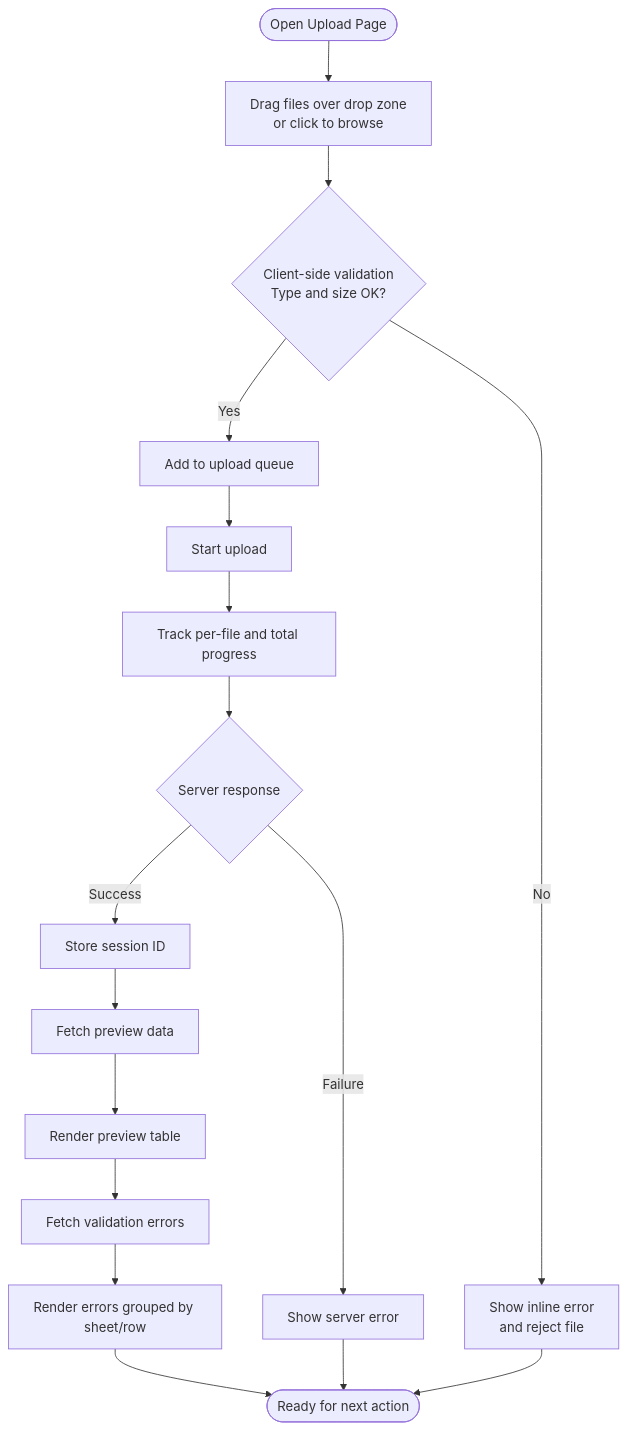
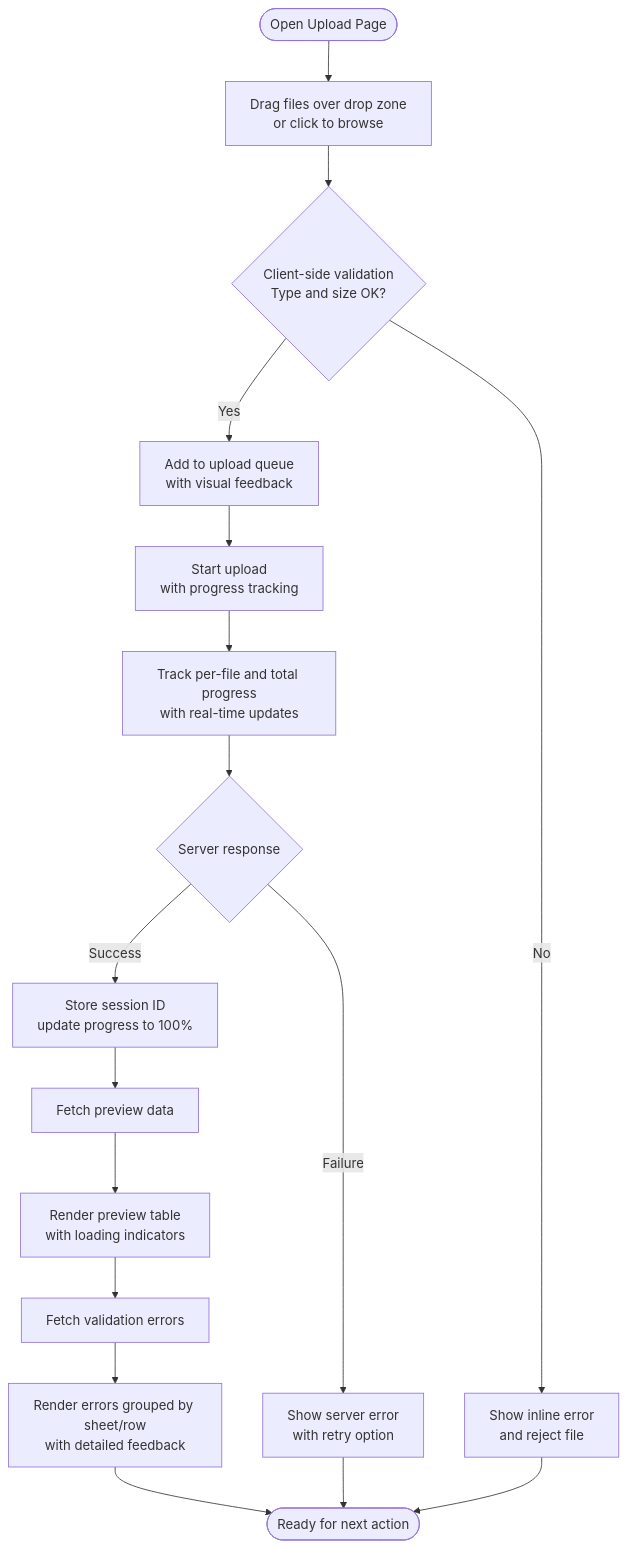
Before and after one commit to janoshan07/ceb_demo_dashboard: the third of 4 diagrams in .qoder/repowiki/en/content/Frontend Documentation/Pages and Views/Upload Page.md, drawn with Mermaid. The commit also changed other lines of this file and 27 other files, not shown here.

````diff
--- a/.qoder/repowiki/en/content/Frontend Documentation/Pages and Views/Upload Page.md
+++ b/.qoder/repowiki/en/content/Frontend Documentation/Pages and Views/Upload Page.md
@@ -309,19 +327,19 @@
 ```mermaid
 flowchart TD
 Start(["Open Upload Page"]) --> DropZone["Drag files over drop zone<br/>or click to browse"]
 DropZone --> ClientValidate{"Client-side validation<br/>Type and size OK?"}
 ClientValidate --> |No| ShowError["Show inline error<br/>and reject file"]
-ClientValidate --> |Yes| AddToQueue["Add to upload queue"]
-AddToQueue --> UploadStart["Start upload"]
-UploadStart --> TrackProgress["Track per-file and total progress"]
+ClientValidate --> |Yes| AddToQueue["Add to upload queue<br/>with visual feedback"]
+AddToQueue --> UploadStart["Start upload<br/>with progress tracking"]
+UploadStart --> TrackProgress["Track per-file and total progress<br/>with real-time updates"]
 TrackProgress --> ServerResponse{"Server response"}
-ServerResponse --> |Success| StoreSession["Store session ID"]
+ServerResponse --> |Success| StoreSession["Store session ID<br/>update progress to 100%"]
 StoreSession --> FetchPreview["Fetch preview data"]
-FetchPreview --> RenderPreview["Render preview table"]
-ServerResponse --> |Failure| ShowServerError["Show server error"]
+FetchPreview --> RenderPreview["Render preview table<br/>with loading indicators"]
+ServerResponse --> |Failure| ShowServerError["Show server error<br/>with retry option"]
 RenderPreview --> FetchValidation["Fetch validation errors"]
-FetchValidation --> RenderErrors["Render errors grouped by sheet/row"]
+FetchValidation --> RenderErrors["Render errors grouped by sheet/row<br/>with detailed feedback"]
 RenderErrors --> End(["Ready for next action"])
 ShowServerError --> End
 ShowError --> End
 ```
````
